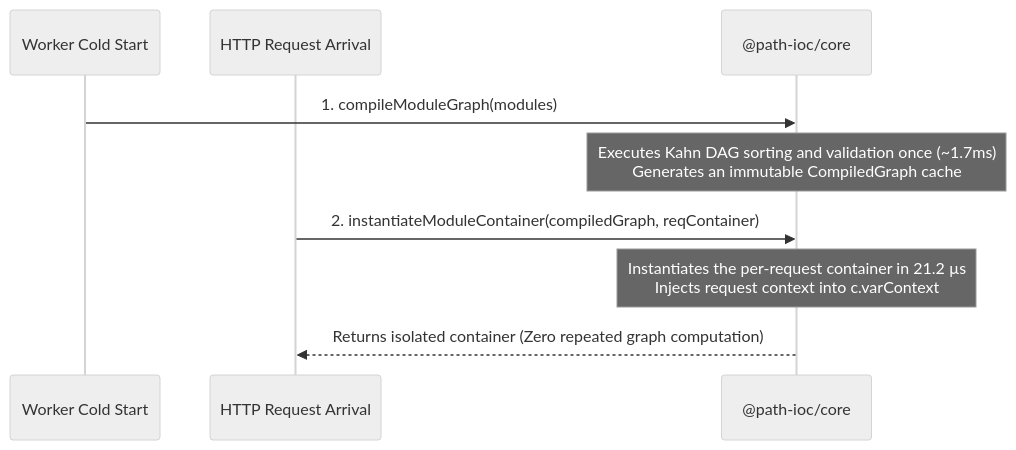
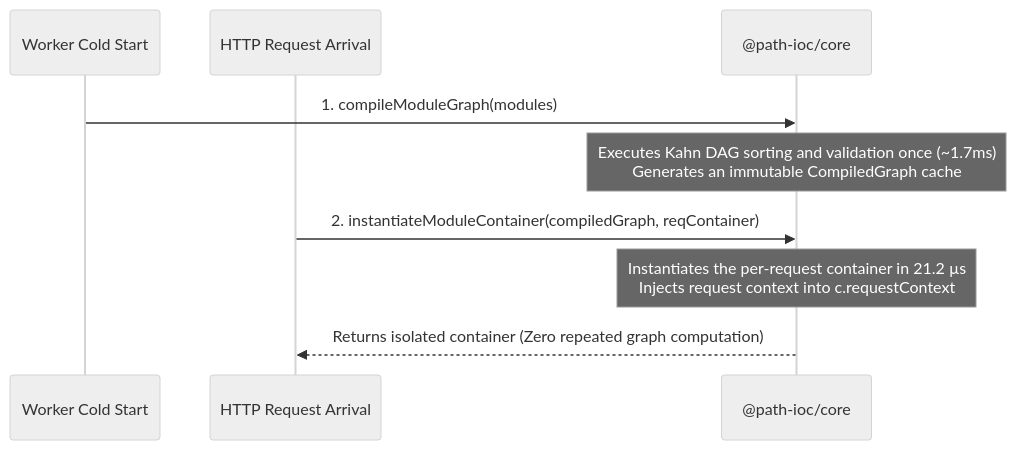
One commit to path-ioc/path-ioc changed the diagram in docs/guide/edge-and-serverless.md. Above: the diagram before and after it, drawn with Mermaid (neutral theme). The commit also changed other lines of this file and 23 other files, not shown here.

Commit message:
docs: add LLM knowledge base, migration guides, and architectural comparison articles

````diff
--- a/docs/guide/edge-and-serverless.md
+++ b/docs/guide/edge-and-serverless.md
@@ -13,13 +13,13 @@
 ```mermaid
 sequenceDiagram
     participant Worker as Worker Cold Start
     participant Request as HTTP Request Arrival
     participant Engine as @path-ioc/core
 
     Worker->>Engine: 1. compileModuleGraph(modules)
     Note over Engine: Executes Kahn DAG sorting and validation once (~1.7ms)<br>Generates an immutable CompiledGraph cache
     
     Request->>Engine: 2. instantiateModuleContainer(compiledGraph, reqContainer)
-    Note over Engine: Instantiates the per-request container in 21.2 µs<br>Injects request context into c.varContext
+    Note over Engine: Instantiates the per-request container in 21.2 µs<br>Injects request context into c.requestContext
     Engine-->>Request: Returns isolated container (Zero repeated graph computation)
 ```
````
